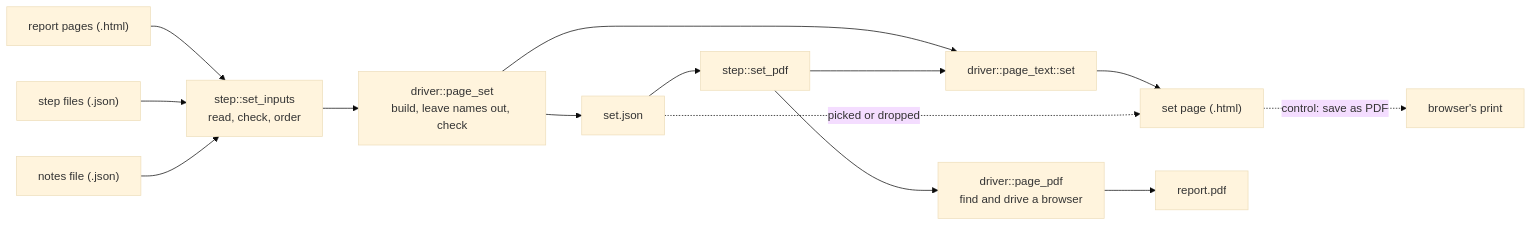
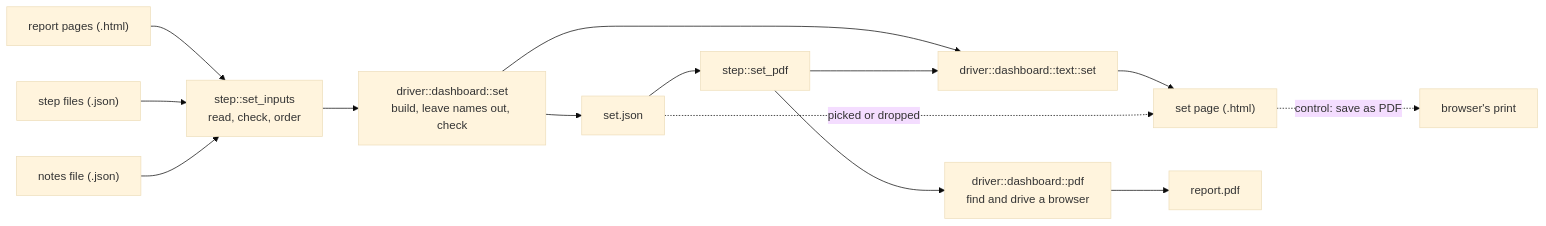
The first of 3 diagrams in .kiro/specs/report-set/design.md (norandom/lesscode), drawn with Mermaid (base theme) before and after one commit. The commit also changed other lines of this file and 3 other files, not shown here.

First line of the commit message:
report-set: the dashboard code as a module of its own (owner's decisions D7 to D9)

````diff
--- a/.kiro/specs/report-set/design.md
+++ b/.kiro/specs/report-set/design.md
@@ -94,16 +118,16 @@
 ```mermaid
 flowchart LR
     pages["report pages (.html)"] --> inputs
     stepfiles["step files (.json)"] --> inputs
     notes["notes file (.json)"] --> inputs
     inputs["step::set_inputs<br/>read, check, order"] --> build
-    build["driver::page_set<br/>build, leave names out, check"] --> set["set.json"]
-    build --> text["driver::page_text::set"]
+    build["driver::dashboard::set<br/>build, leave names out, check"] --> set["set.json"]
+    build --> text["driver::dashboard::text::set"]
     text --> page["set page (.html)"]
     set -. "picked or dropped" .-> page
     set --> pdfcmd["step::set_pdf"]
     pdfcmd --> text
-    pdfcmd --> browser["driver::page_pdf<br/>find and drive a browser"]
+    pdfcmd --> browser["driver::dashboard::pdf<br/>find and drive a browser"]
     browser --> pdf["report.pdf"]
     page -. "control: save as PDF" .-> print["browser's print"]
 ```
````
